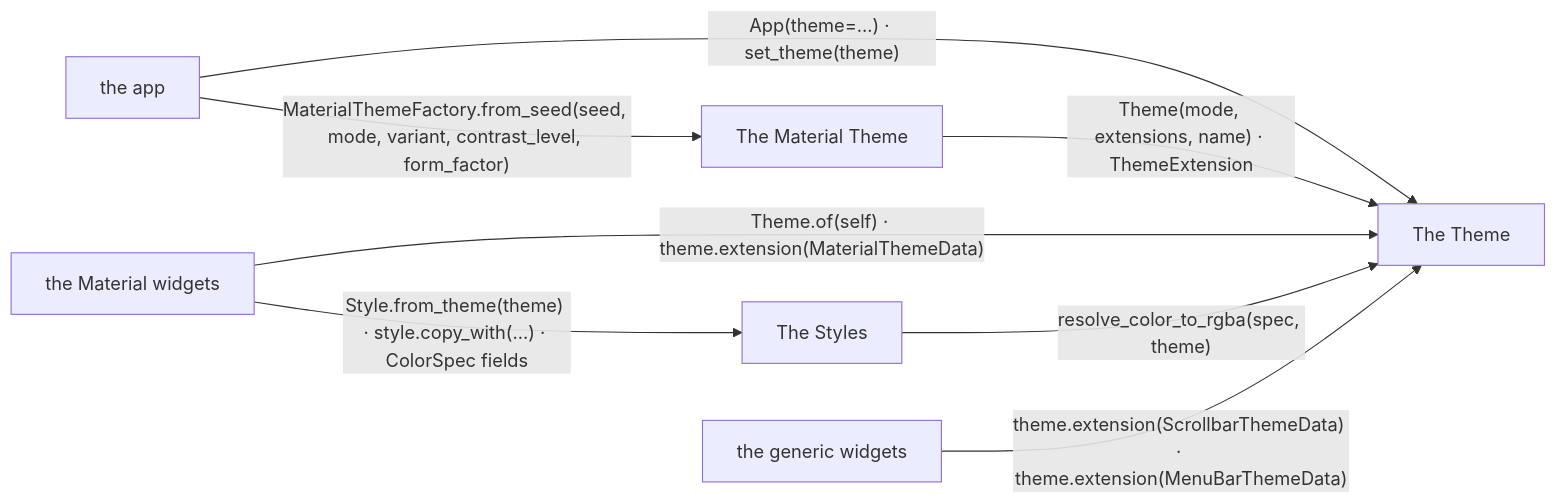
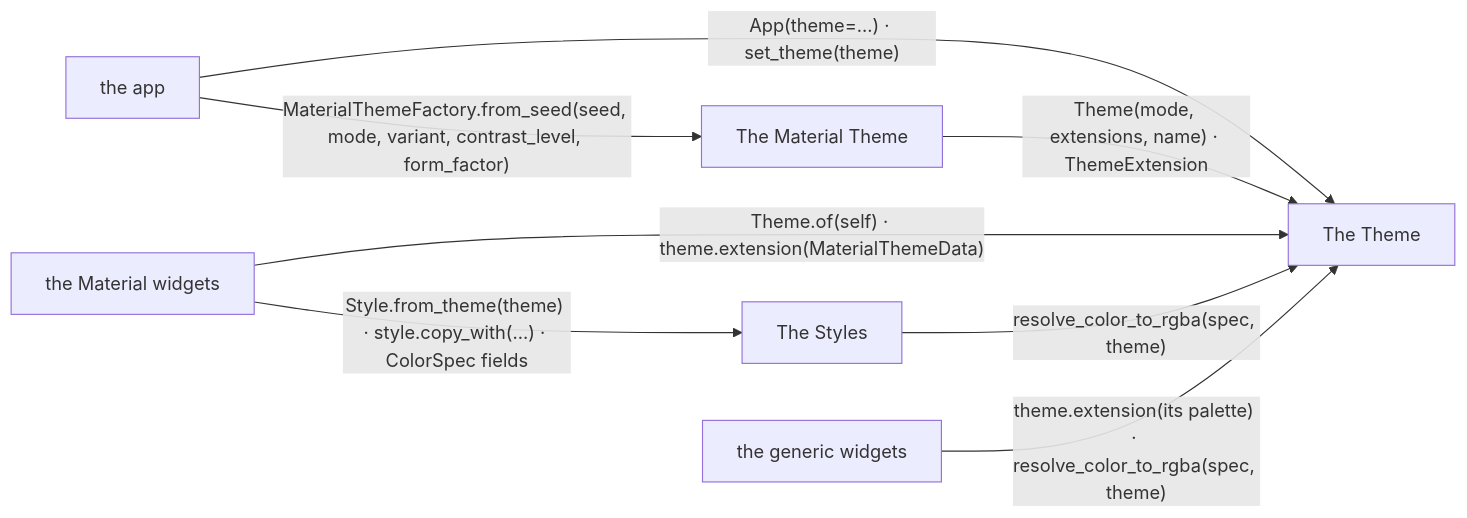
The first of 6 diagrams in docs/design/STYLE_THEME.md (yuksblog/nuiitivet), drawn with Mermaid before and after one commit. The commit also changed other lines of this file and 11 other files, not shown here.

First line of the commit message:
refactor: nuiitivet.matplotlib package, the figure colored by a palette extension

````diff
--- a/docs/design/STYLE_THEME.md
+++ b/docs/design/STYLE_THEME.md
@@ -14,17 +14,17 @@
 ```mermaid
 flowchart LR
     theme[The Theme]
     material[The Material Theme]
     styles[The Styles]
     widgets[the Material widgets]
     generic[the generic widgets]
     app[the app]
 
     app -- "MaterialThemeFactory.from_seed(seed, mode, variant, contrast_level, form_factor)" --> material
     app -- "App(theme=...) · set_theme(theme)" --> theme
     material -- "Theme(mode, extensions, name) · ThemeExtension" --> theme
     widgets -- "Theme.of(self) · theme.extension(MaterialThemeData)" --> theme
     widgets -- "Style.from_theme(theme) · style.copy_with(...) · ColorSpec fields" --> styles
     styles -- "resolve_color_to_rgba(spec, theme)" --> theme
-    generic -- "theme.extension(ScrollbarThemeData) · theme.extension(MenuBarThemeData)" --> theme
+    generic -- "theme.extension(its palette) · resolve_color_to_rgba(spec, theme)" --> theme
 ```
````
